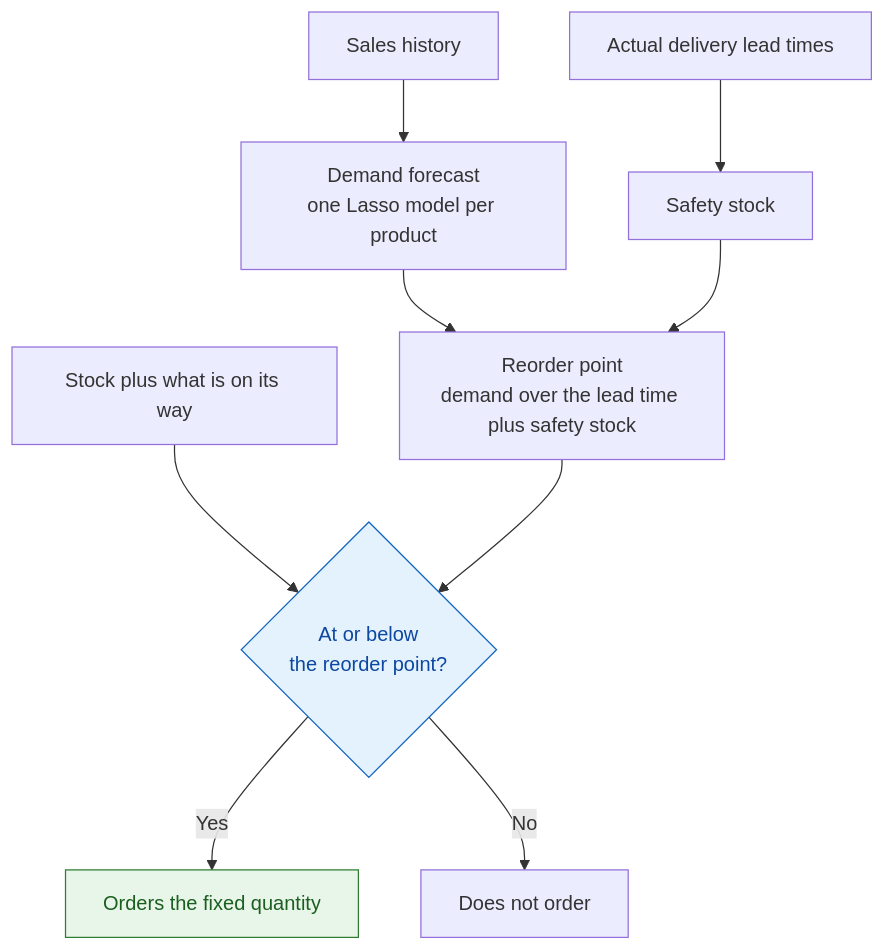
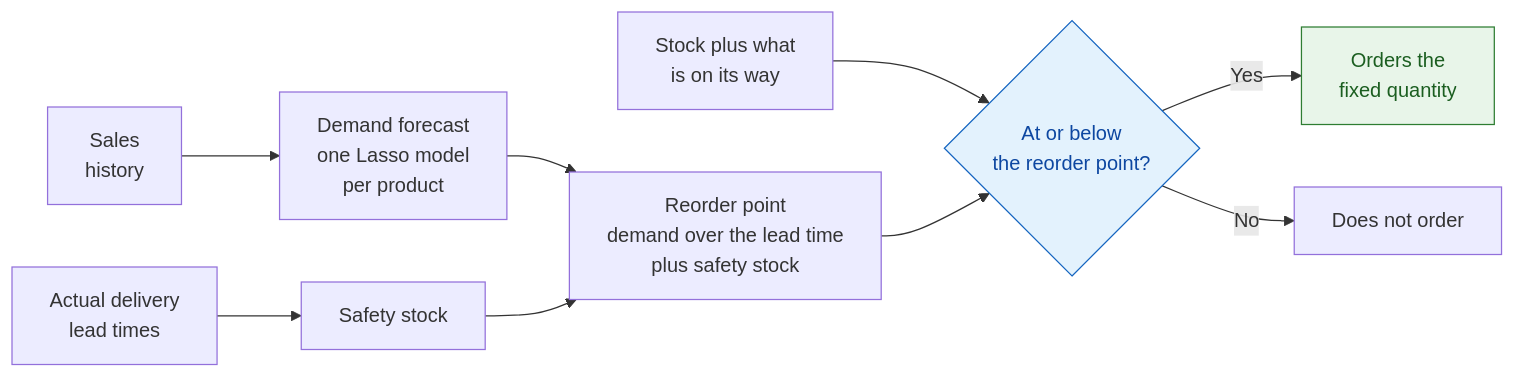
The diagram in README.en.md (jleonceo/reposicion-inventario-prevision-ml), drawn with Mermaid before and after one commit. The commit also changed 1 other file, not shown here.

Commit message:
Esquema: pasa a horizontal para que ocupe menos de una pantalla
Iba de arriba abajo y ocupaba más de 800 píxeles de alto. Ahora va de
izquierda a derecha. El contenido de las cajas es el mismo.

````diff
--- a/README.en.md
+++ b/README.en.md
@@ -40,13 +40,13 @@
 ```mermaid
-flowchart TD
-    H[Sales history] --> L[Demand forecast<br/>one Lasso model per product]
-    PL[Actual delivery lead times] --> SS[Safety stock]
-    L --> PP[Reorder point<br/>demand over the lead time plus safety stock]
+flowchart LR
+    H[Sales<br/>history] --> L[Demand forecast<br/>one Lasso model<br/>per product]
+    PL[Actual delivery<br/>lead times] --> SS[Safety stock]
+    L --> PP[Reorder point<br/>demand over the lead time<br/>plus safety stock]
     SS --> PP
-    ST[Stock plus what is on its way] --> C{At or below<br/>the reorder point?}
+    ST[Stock plus what<br/>is on its way] --> C{At or below<br/>the reorder point?}
     PP --> C
-    C -->|Yes| PE[Orders the fixed quantity]
+    C -->|Yes| PE[Orders the<br/>fixed quantity]
     C -->|No| NO[Does not order]
     style C fill:#e3f2fd,stroke:#1565c0,color:#0d47a1
     style PE fill:#e8f5e9,stroke:#2e7d32,color:#1b5e20
 ```
````
